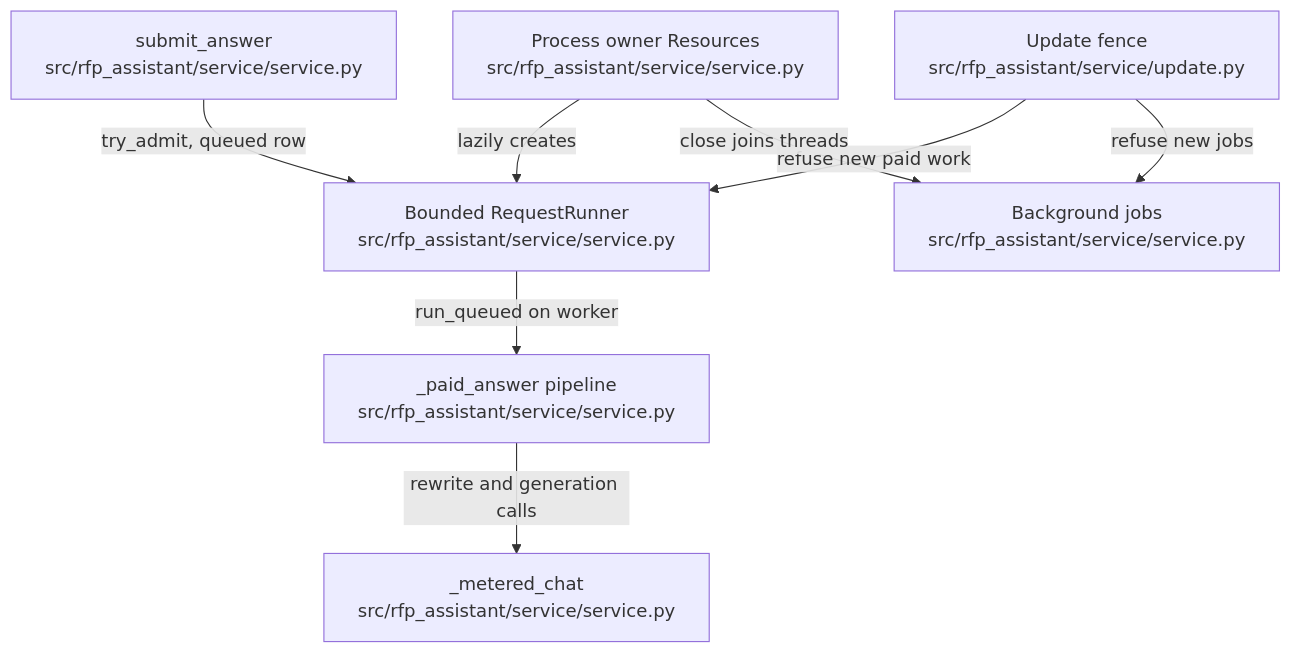
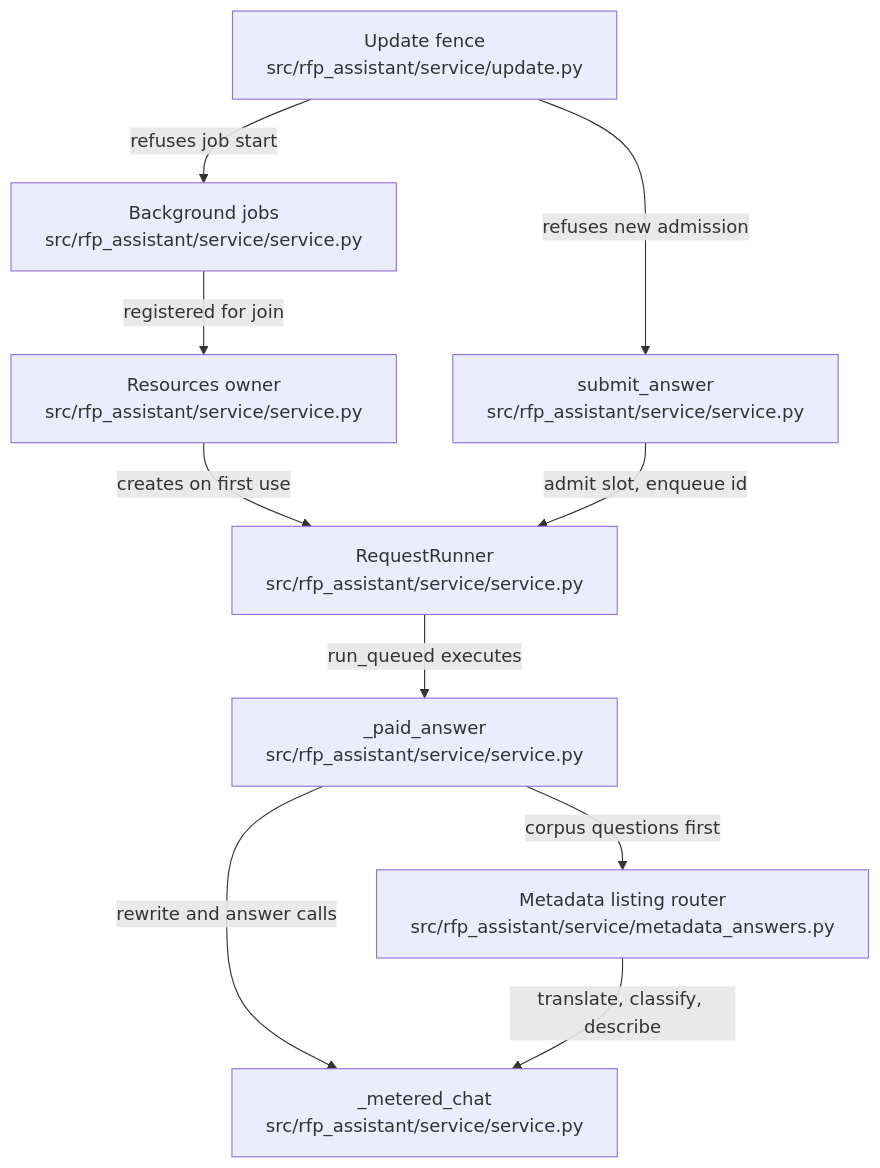
One commit to littleeeeebit/project-codeit-mid changed the diagram in .omm/overall-architecture/service-core/diagram.mmd. Above: the diagram before and after it, drawn with Mermaid. The commit also changed 364 other files, not shown here.

```diff
--- a/.omm/overall-architecture/service-core/diagram.mmd
+++ b/.omm/overall-architecture/service-core/diagram.mmd
@@ -1,8 +1,18 @@
 graph TD
-  resources-owner["Process owner Resources\nsrc/rfp_assistant/service/service.py"] -->|"lazily creates"| request-runner["Bounded RequestRunner\nsrc/rfp_assistant/service/service.py"]
-  submit-answer["submit_answer\nsrc/rfp_assistant/service/service.py"] -->|"try_admit, queued row"| request-runner
-  request-runner -->|"run_queued on worker"| paid-answer["_paid_answer pipeline\nsrc/rfp_assistant/service/service.py"]
-  paid-answer -->|"rewrite and generation calls"| metered-chat["_metered_chat\nsrc/rfp_assistant/service/service.py"]
-  update-fence["Update fence\nsrc/rfp_assistant/service/update.py"] -->|"refuse new paid work"| request-runner
-  update-fence -->|"refuse new jobs"| background-jobs["Background jobs\nsrc/rfp_assistant/service/service.py"]
-  resources-owner -->|"close joins threads"| background-jobs
+  resources-owner["Resources owner\nsrc/rfp_assistant/service/service.py"]
+  submit-answer["submit_answer\nsrc/rfp_assistant/service/service.py"]
+  request-runner["RequestRunner\nsrc/rfp_assistant/service/service.py"]
+  paid-answer-path["_paid_answer\nsrc/rfp_assistant/service/service.py"]
+  metadata-router["Metadata listing router\nsrc/rfp_assistant/service/metadata_answers.py"]
+  metered-chat["_metered_chat\nsrc/rfp_assistant/service/service.py"]
+  background-jobs["Background jobs\nsrc/rfp_assistant/service/service.py"]
+  update-fence["Update fence\nsrc/rfp_assistant/service/update.py"]
+  resources-owner -->|creates on first use| request-runner
+  submit-answer -->|admit slot, enqueue id| request-runner
+  request-runner -->|run_queued executes| paid-answer-path
+  paid-answer-path -->|corpus questions first| metadata-router
+  paid-answer-path -->|rewrite and answer calls| metered-chat
+  metadata-router -->|translate, classify, describe| metered-chat
+  background-jobs -->|registered for join| resources-owner
+  update-fence -->|refuses new admission| submit-answer
+  update-fence -->|refuses job start| background-jobs
```
